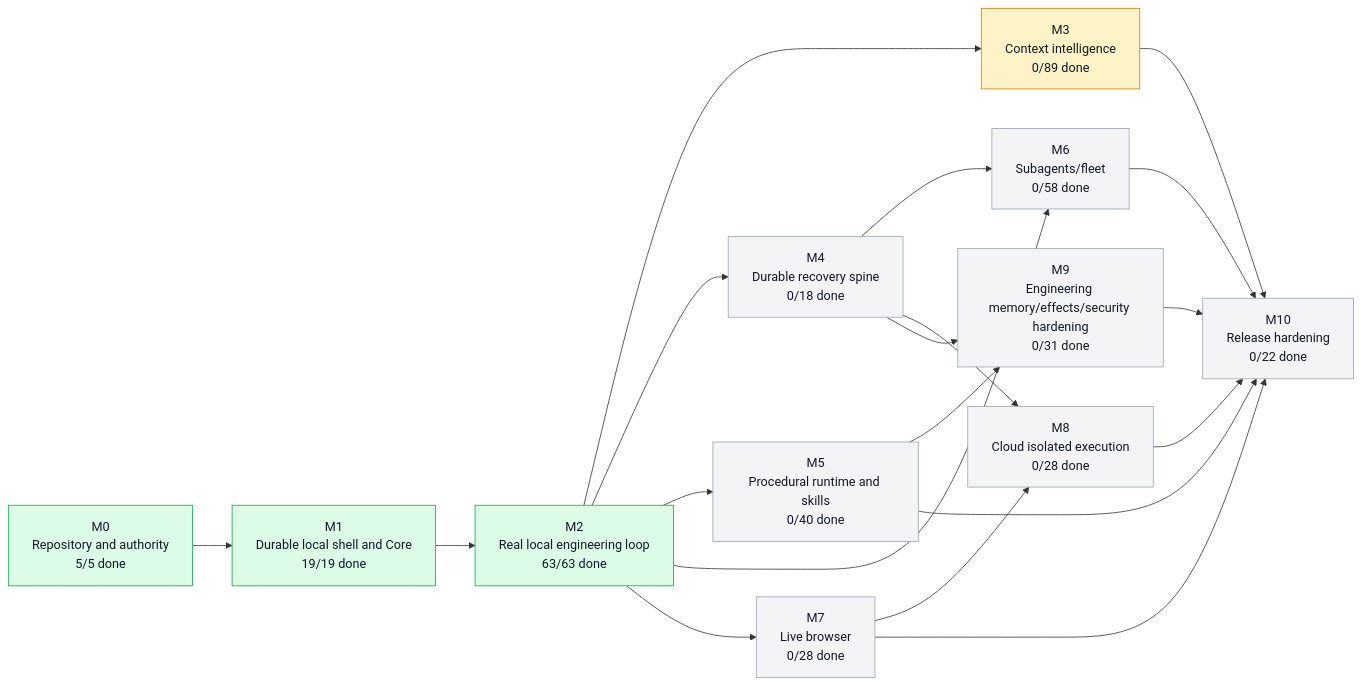
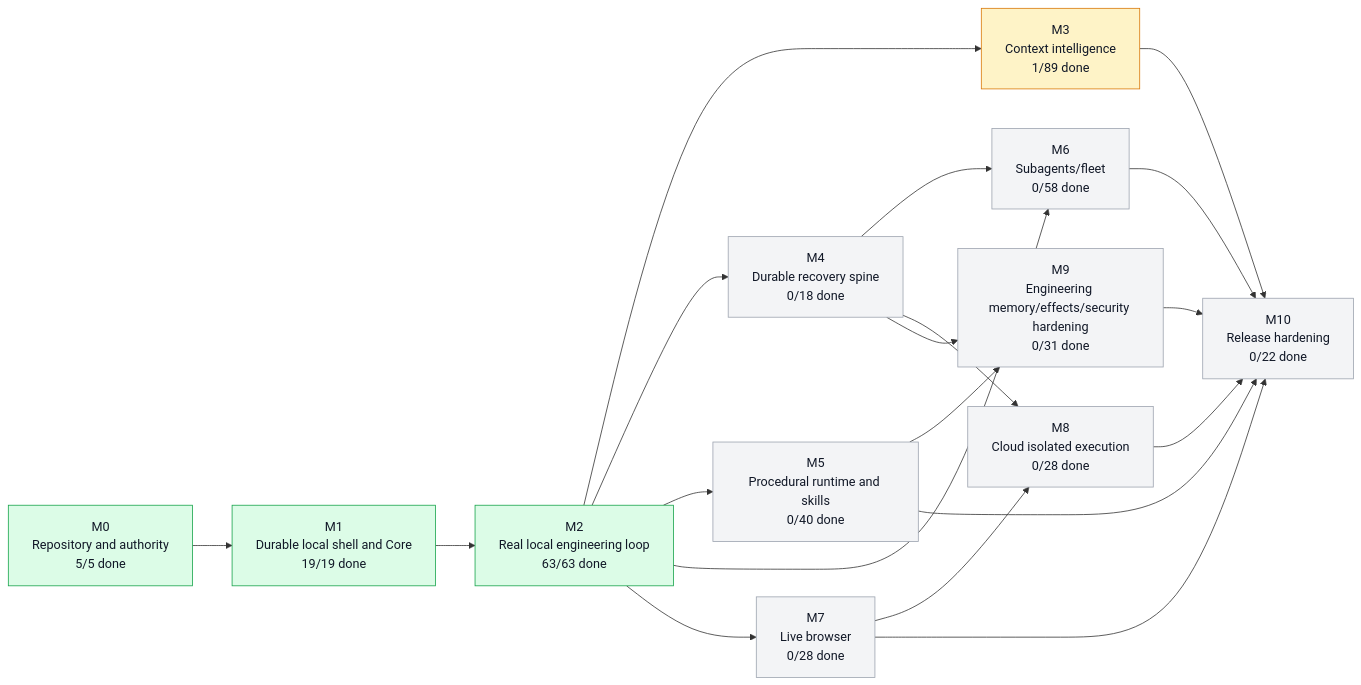
The first of 5 diagrams in graph/PROJECT_GRAPH.md (moss101/modbit), drawn with Mermaid before and after one commit. The commit also changed other lines of this file and 7 other files, not shown here.

````diff
--- a/graph/PROJECT_GRAPH.md
+++ b/graph/PROJECT_GRAPH.md
@@ -57,43 +57,43 @@
 ```mermaid
 flowchart LR
   M0["M0<br/>Repository and authority<br/>5/5 done"]
   M1["M1<br/>Durable local shell and Core<br/>19/19 done"]
   M2["M2<br/>Real local engineering loop<br/>63/63 done"]
-  M3["M3<br/>Context intelligence<br/>0/89 done"]
+  M3["M3<br/>Context intelligence<br/>1/89 done"]
   M4["M4<br/>Durable recovery spine<br/>0/18 done"]
   M5["M5<br/>Procedural runtime and skills<br/>0/40 done"]
   M6["M6<br/>Subagents/fleet<br/>0/58 done"]
   M7["M7<br/>Live browser<br/>0/28 done"]
   M8["M8<br/>Cloud isolated execution<br/>0/28 done"]
   M9["M9<br/>Engineering memory/effects/security hardening<br/>0/31 done"]
   M10["M10<br/>Release hardening<br/>0/22 done"]
   M0 --> M1
   M1 --> M2
   M2 --> M3
   M2 --> M4
   M2 --> M5
   M2 --> M6
   M4 --> M6
   M2 --> M7
   M4 --> M8
   M7 --> M8
   M4 --> M9
   M5 --> M9
   M3 --> M10
   M5 --> M10
   M6 --> M10
   M7 --> M10
   M8 --> M10
   M9 --> M10
   style M0 fill:#dcfce7,stroke:#16a34a,color:#111827
   style M1 fill:#dcfce7,stroke:#16a34a,color:#111827
   style M2 fill:#dcfce7,stroke:#16a34a,color:#111827
   style M3 fill:#fef3c7,stroke:#d97706,color:#111827
   style M4 fill:#f3f4f6,stroke:#9ca3af,color:#111827
   style M5 fill:#f3f4f6,stroke:#9ca3af,color:#111827
   style M6 fill:#f3f4f6,stroke:#9ca3af,color:#111827
   style M7 fill:#f3f4f6,stroke:#9ca3af,color:#111827
   style M8 fill:#f3f4f6,stroke:#9ca3af,color:#111827
   style M9 fill:#f3f4f6,stroke:#9ca3af,color:#111827
   style M10 fill:#f3f4f6,stroke:#9ca3af,color:#111827
 ```
````
